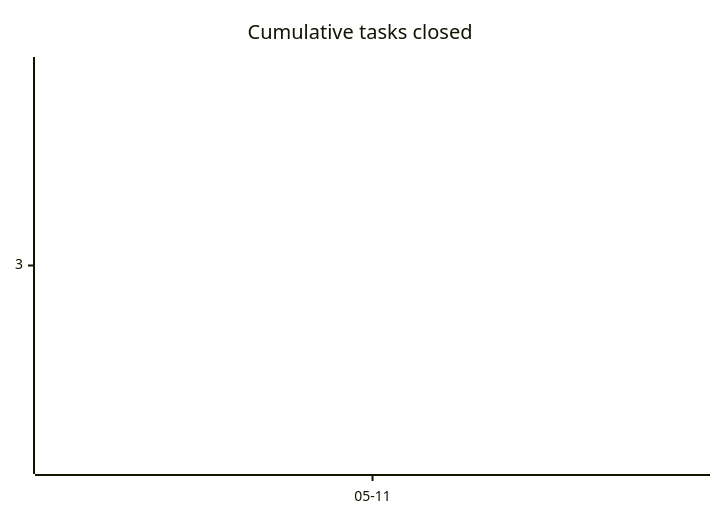
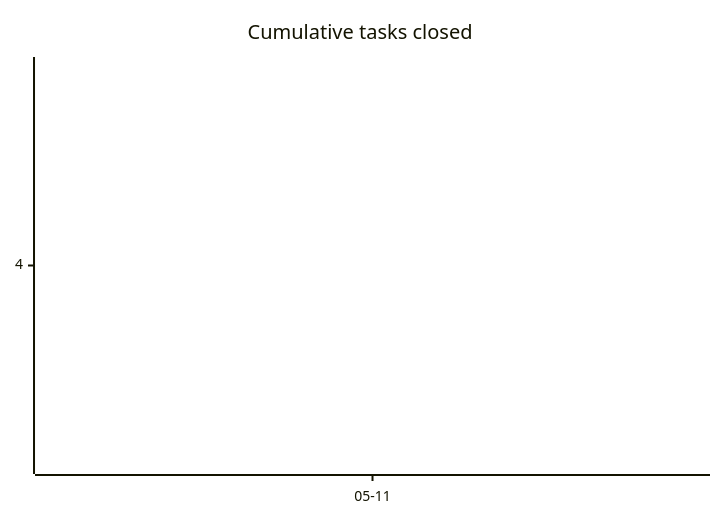
Before and after one commit to tgd1975/AwesomeGuitarPedal: the first of 3 diagrams in docs/developers/tasks/OVERVIEW.md, drawn with Mermaid. The commit also changed other lines of this file and 15 other files, not shown here.

First line of the commit message:
feat(config): add debounceMs to hardware config — schema, example, Dart model, JSON parser

````diff
--- a/docs/developers/tasks/OVERVIEW.md
+++ b/docs/developers/tasks/OVERVIEW.md
@@ -22,6 +22,6 @@
 ```mermaid
 xychart-beta
     title "Cumulative tasks closed"
     x-axis ["05-11"]
-    line [3]
+    line [4]
 ```
````
